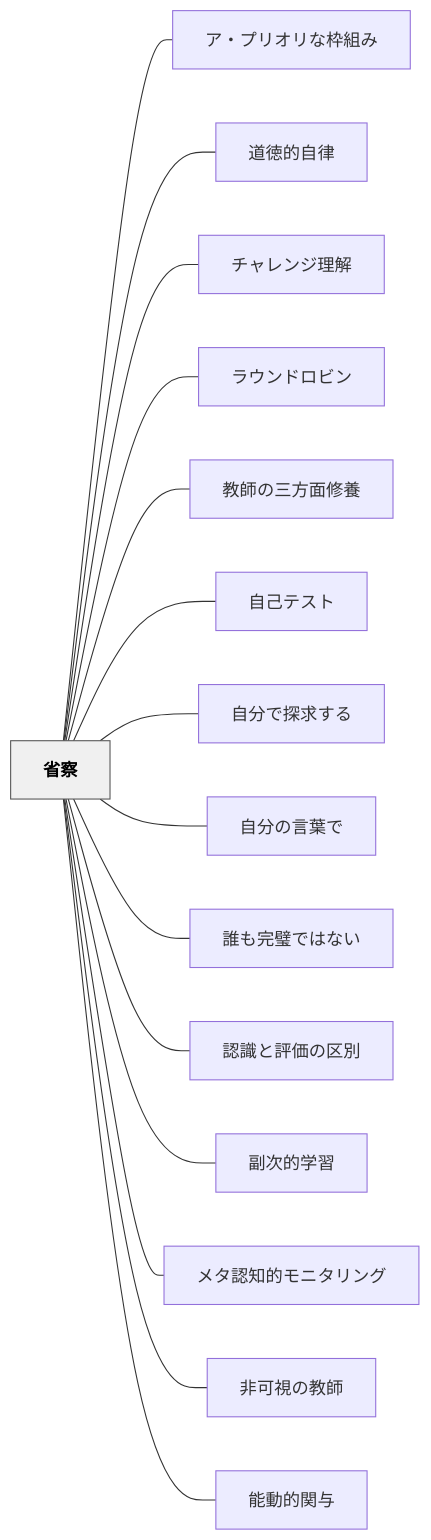
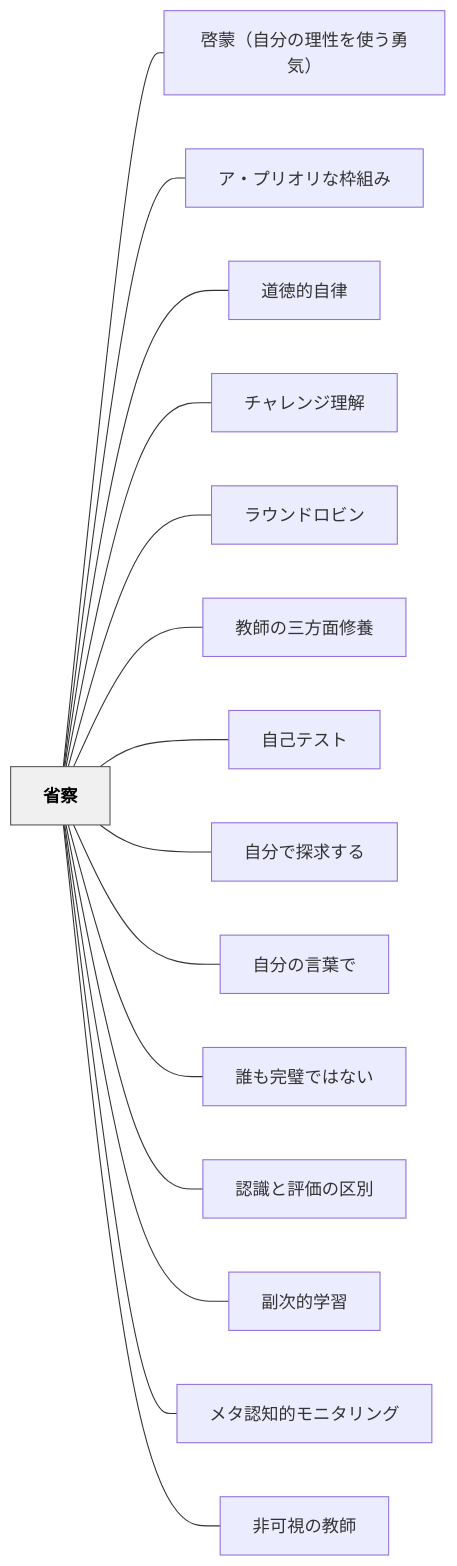
Before and after one commit to unknownthings-ed-patterns/unknownthings-ed-patterns: the diagram in content/パタン/省察.md, drawn with Mermaid. The commit also changed other lines of this file and 16 other files, not shown here.

````diff
--- a/content/パタン/省察.md
+++ b/content/パタン/省察.md
@@ -124,36 +125,36 @@
 ```mermaid
 flowchart LR
     ne79c81e5af9f["省察"]
+    ne59593e89299efbc88e887aae58886e381aee79086e680a7e38292e4bdbfe38186e58b87e6b097efbc89["啓蒙（自分の理性を使う勇気）"]
     ne382a2e383bbe38397e383aae382aae383aae381aae69ea0e7b584e381bf["ア・プリオリな枠組み"]
     ne98193e5beb3e79a84e887aae5be8b["道徳的自律"]
     ne38381e383a3e383ace383b3e382b8e79086e8a7a3["チャレンジ理解"]
     ne383a9e382a6e383b3e38389e383ade38393e383b3["ラウンドロビン"]
     ne69599e5b8abe381aee4b889e696b9e99da2e4bfaee9a48a["教師の三方面修養"]
     ne887aae5b7b1e38386e382b9e38388["自己テスト"]
     ne887aae58886e381a7e68ea2e6b182e38199e3828b["自分で探求する"]
     ne887aae58886e381aee8a880e89189e381a7["自分の言葉で"]
     ne8aab0e38282e5ae8ce792a7e381a7e381afe381aae38184["誰も完璧ではない"]
     ne8aa8de8ad98e381a8e8a995e4bea1e381aee58cbae588a5["認識と評価の区別"]
     ne589afe6aca1e79a84e5ada6e7bf92["副次的学習"]
     ne383a1e382bfe8aa8de79fa5e79a84e383a2e3838be382bfe383aae383b3e382b0["メタ認知的モニタリング"]
     ne99d9ee58fafe8a696e381aee69599e5b8ab["非可視の教師"]
-    ne883bde58b95e79a84e996a2e4b88e["能動的関与"]
 
+    ne79c81e5af9f --- ne59593e89299efbc88e887aae58886e381aee79086e680a7e38292e4bdbfe38186e58b87e6b097efbc89
     ne79c81e5af9f --- ne382a2e383bbe38397e383aae382aae383aae381aae69ea0e7b584e381bf
     ne79c81e5af9f --- ne98193e5beb3e79a84e887aae5be8b
     ne79c81e5af9f --- ne38381e383a3e383ace383b3e382b8e79086e8a7a3
     ne79c81e5af9f --- ne383a9e382a6e383b3e38389e383ade38393e383b3
     ne79c81e5af9f --- ne69599e5b8abe381aee4b889e696b9e99da2e4bfaee9a48a
     ne79c81e5af9f --- ne887aae5b7b1e38386e382b9e38388
     ne79c81e5af9f --- ne887aae58886e381a7e68ea2e6b182e38199e3828b
     ne79c81e5af9f --- ne887aae58886e381aee8a880e89189e381a7
     ne79c81e5af9f --- ne8aab0e38282e5ae8ce792a7e381a7e381afe381aae38184
     ne79c81e5af9f --- ne8aa8de8ad98e381a8e8a995e4bea1e381aee58cbae588a5
     ne79c81e5af9f --- ne589afe6aca1e79a84e5ada6e7bf92
     ne79c81e5af9f --- ne383a1e382bfe8aa8de79fa5e79a84e383a2e3838be382bfe383aae383b3e382b0
     ne79c81e5af9f --- ne99d9ee58fafe8a696e381aee69599e5b8ab
-    ne79c81e5af9f --- ne883bde58b95e79a84e996a2e4b88e
 
     classDef hub fill:#f0f0f0,stroke:#555,color:#000,font-weight:bold
     class ne79c81e5af9f hub
 ```
````
